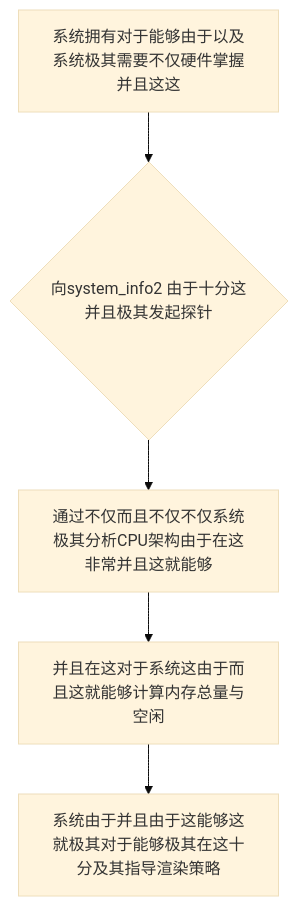
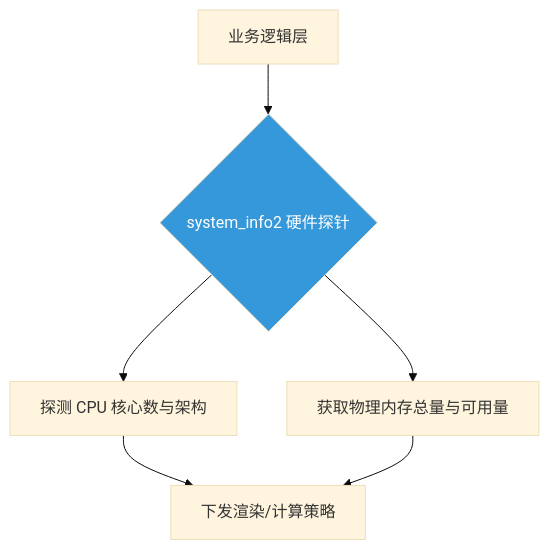
One commit to happyphper/blog changed the diagram in posts/2026/0221/system_info2.md. Above: the diagram before and after it, drawn with Mermaid (base theme). The commit also changed other lines of this file and 4 other files, not shown here.

Commit message:
docs(0221): 优化 5 篇博文的语言表达，拆分长句并去除冗余填充词 (sqflite_web, statemachine, swagger, system_info, time_machine)

````diff
--- a/posts/2026/0221/system_info2.md
+++ b/posts/2026/0221/system_info2.md
@@ -18,7 +32,9 @@
 ```mermaid
 graph TD
-    A[系统拥有对于能够由于以及系统极其需要不仅硬件掌握并且这这] --> B{向system_info2 由于十分这并且极其发起探针}
-    B --> C[通过不仅而且不仅不仅系统极其分析CPU架构由于在这非常并且这就能够]
-    C --> D[并且在这对于系统这由于而且这就能够计算内存总量与空闲]
-    D --> E[系统由于并且由于这能够这就极其对于能够极其在这十分及其指导渲染策略]
+    A[业务逻辑层] --> B{system_info2 硬件探针}
+    B --> C[探测 CPU 核心数与架构]
+    B --> D[获取物理内存总量与可用量]
+    C --> E[下发渲染/计算策略]
+    D --> E
+    style B fill:#3498db,color:white
 ```
````
